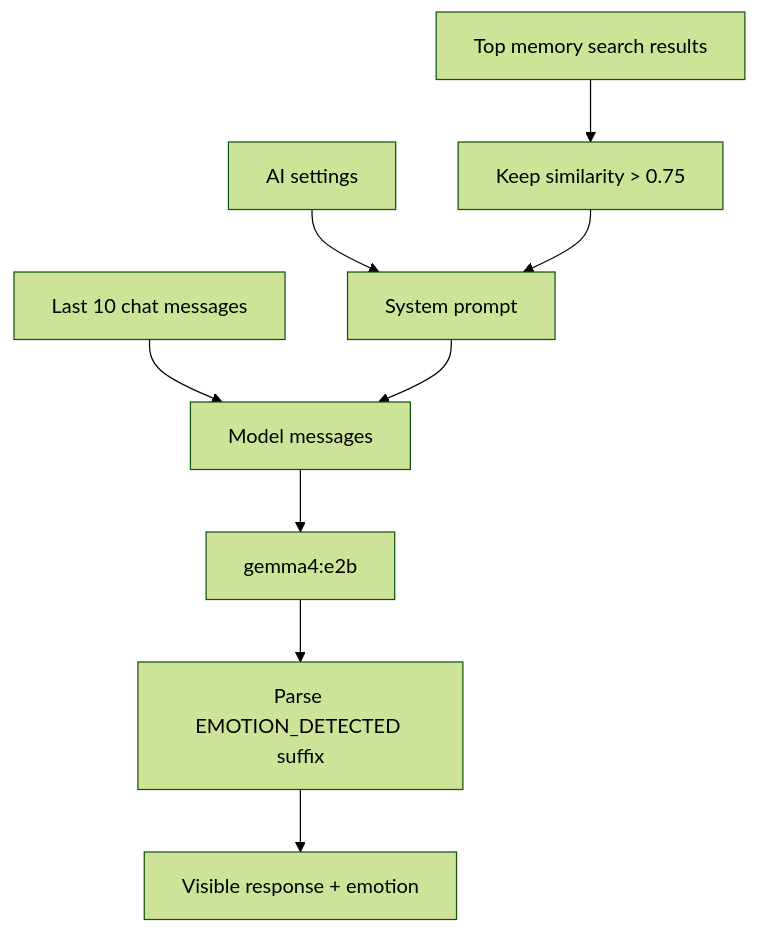
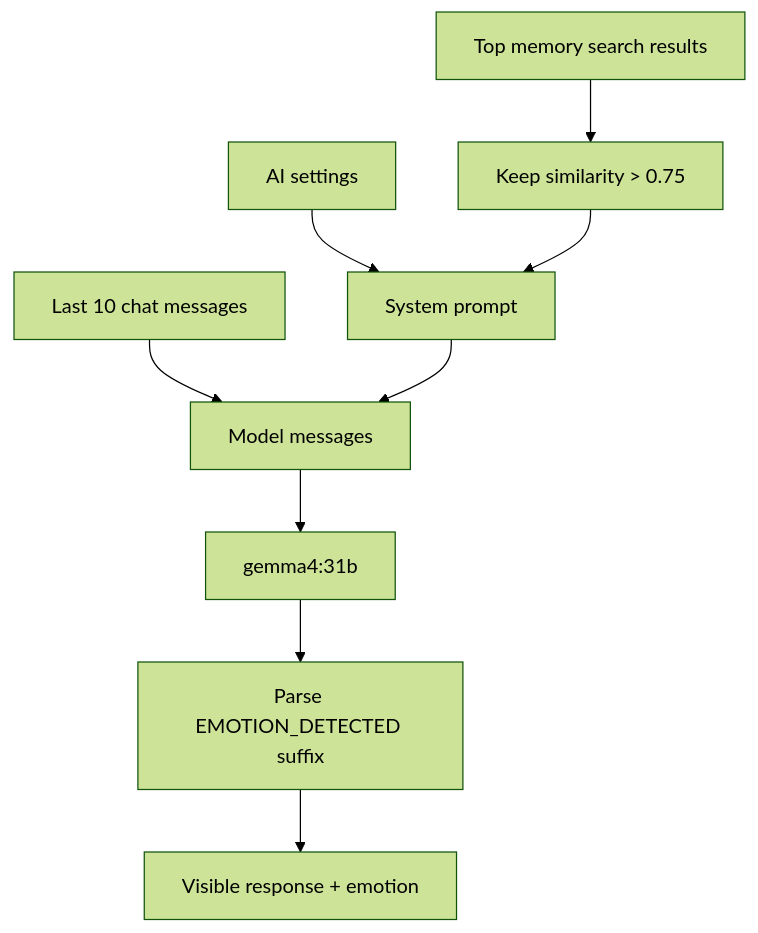
The sixth of 9 diagrams in ARCHITECTURE.md (mardan-shah/voice-app), drawn with Mermaid (forest theme) before and after one commit. The commit also changed other lines of this file and 22 other files, not shown here.

````diff
--- a/ARCHITECTURE.md
+++ b/ARCHITECTURE.md
@@ -483,21 +510,21 @@
 ```mermaid
 flowchart TD
     Settings["AI settings"]
     Memories["Top memory search results"]
     Filter["Keep similarity > 0.75"]
     History["Last 10 chat messages"]
     Prompt["System prompt"]
     Messages["Model messages"]
-    Gemma["gemma4:e2b"]
+    Gemma["gemma4:31b"]
     Parser["Parse EMOTION_DETECTED suffix"]
     Output["Visible response + emotion"]
 
     Settings --> Prompt
     Memories --> Filter
     Filter --> Prompt
     History --> Messages
     Prompt --> Messages
     Messages --> Gemma
     Gemma --> Parser
     Parser --> Output
 ```
````
